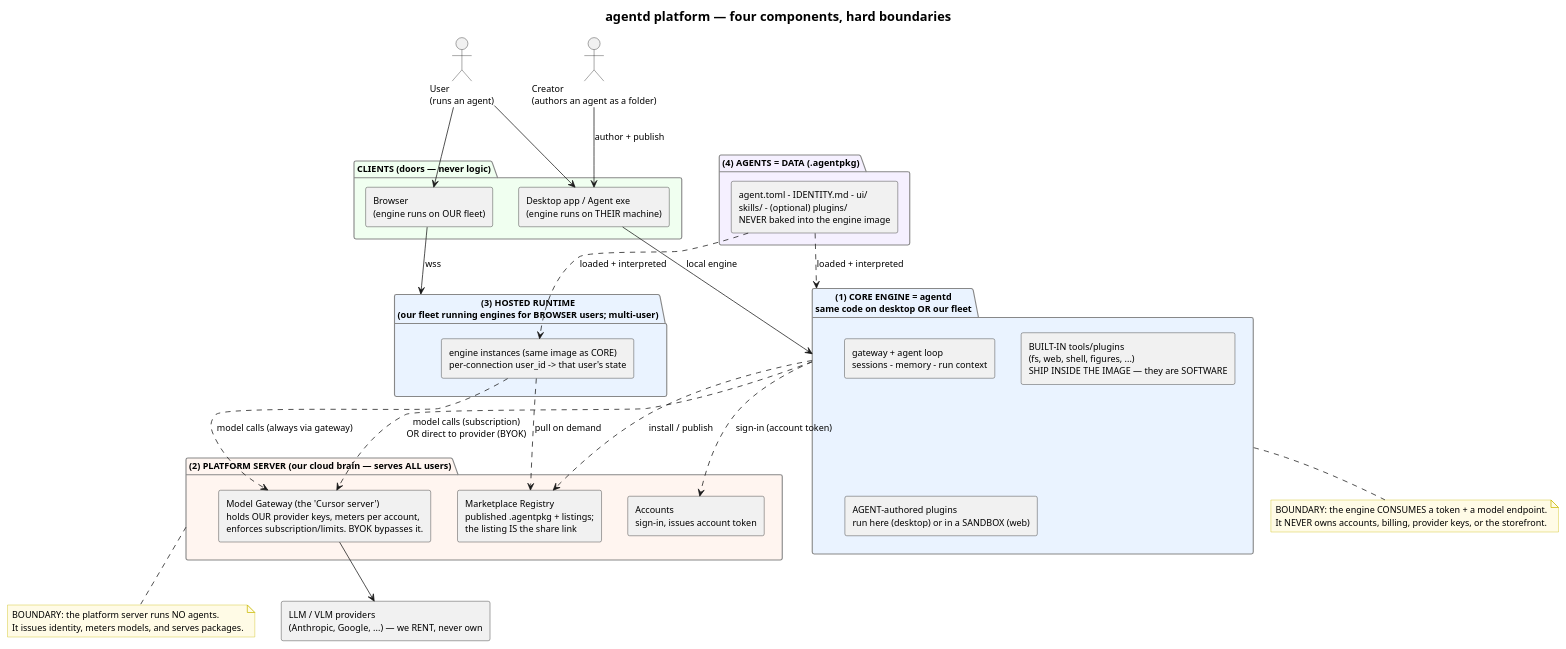
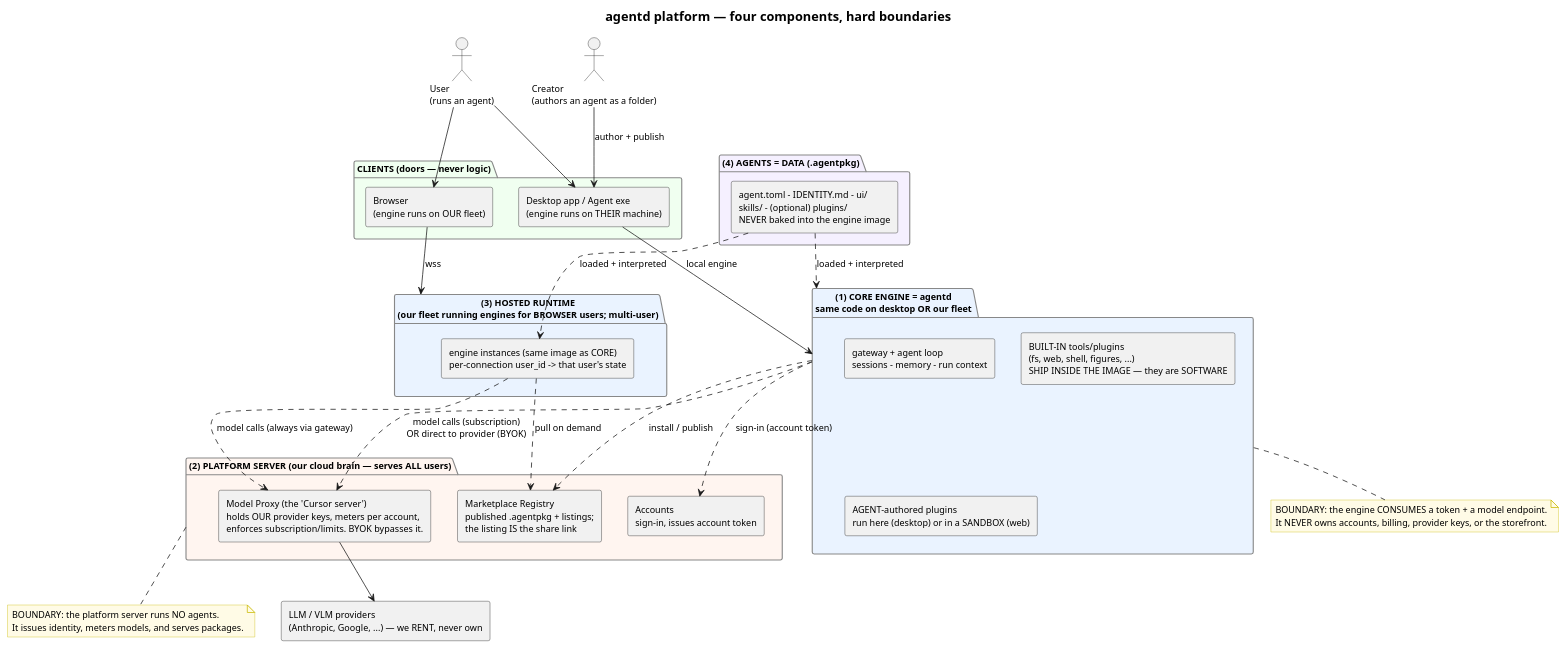
Before and after one commit to SaptarshiMazumder/pc-agent: the first of 5 diagrams in v2/planning/platform/diagrams/platform-architecture.puml, drawn with PlantUML. The commit also changed other lines of this file and 66 other files, not shown here.

Commit message:
Separated model-proxy microsevrice

```diff
--- a/v2/planning/platform/diagrams/platform-architecture.puml
+++ b/v2/planning/platform/diagrams/platform-architecture.puml
@@ -1,80 +1,80 @@
 @startuml components
 ' ============================================================================
 ' agentd platform — CANONICAL architecture (2026-07-18 reassessment)
 ' Source of truth for the cloud/platform build. PUML only; do not render PNG
 ' unless explicitly asked. Five @startuml blocks in this file:
 '   1. components   — the 4 components + hard boundaries
 '   2. planes       — compute vs state vs distribution (engine holds no data)
 '   3. run-x-pay    — the 2x2: where the engine runs x how models are paid
 '   4. request-flow — one chat turn, desktop-subscription AND browser
 '   5. share-flow   — create-as-folder -> share link -> run in ~5s
 ' ============================================================================
 title agentd platform — four components, hard boundaries
 
 skinparam shadowing false
 skinparam componentStyle rectangle
 skinparam defaultFontName Segoe UI
 skinparam defaultFontSize 12
 skinparam TitleFontSize 17
 skinparam package {
   BackgroundColor #FAFAFA
   BorderColor #888888
 }
 skinparam note {
   BackgroundColor #FFFBE6
   BorderColor #C8B900
 }
 
 actor "Creator\n(authors an agent as a folder)" as CREATOR
 actor "User\n(runs an agent)" as USER
 
 package "CLIENTS (doors — never logic)" as CLIENTS #F0FFF0 {
   rectangle "Desktop app / Agent exe\n(engine runs on THEIR machine)" as DESK
   rectangle "Browser\n(engine runs on OUR fleet)" as WEB
 }
 
 package "(1) CORE ENGINE = agentd\nsame code on desktop OR our fleet" as CORE #EAF3FF {
   rectangle "gateway + agent loop\nsessions - memory - run context" as LOOP
   rectangle "BUILT-IN tools/plugins\n(fs, web, shell, figures, ...)\nSHIP INSIDE THE IMAGE — they are SOFTWARE" as BUILTIN
   rectangle "AGENT-authored plugins\nrun here (desktop) or in a SANDBOX (web)" as AGENTPLUG
 }
 
 package "(2) PLATFORM SERVER (our cloud brain — serves ALL users)" as PLAT #FFF5F0 {
   rectangle "Accounts\nsign-in, issues account token" as ACC
-  rectangle "Model Gateway  (the 'Cursor server')\nholds OUR provider keys, meters per account,\nenforces subscription/limits. BYOK bypasses it." as GW
+  rectangle "Model Proxy  (the 'Cursor server')\nholds OUR provider keys, meters per account,\nenforces subscription/limits. BYOK bypasses it." as GW
   rectangle "Marketplace Registry\npublished .agentpkg + listings;\nthe listing IS the share link" as REG
 }
 
 package "(3) HOSTED RUNTIME\n(our fleet running engines for BROWSER users; multi-user)" as HOST #EAF3FF {
   rectangle "engine instances (same image as CORE)\nper-connection user_id -> that user's state" as HENG
 }
 
 package "(4) AGENTS = DATA (.agentpkg)" as AGENTS #F5F0FF {
   rectangle "agent.toml - IDENTITY.md - ui/\nskills/ - (optional) plugins/\nNEVER baked into the engine image" as PKG
 }
 
 rectangle "LLM / VLM providers\n(Anthropic, Google, ...) — we RENT, never own" as LLM
 
 CREATOR --> DESK : author + publish
 USER --> DESK
 USER --> WEB
 DESK --> CORE : local engine
 WEB --> HOST : wss
 CORE ..> ACC : sign-in (account token)
 CORE ..> GW : model calls (subscription)\nOR direct to provider (BYOK)
 HENG ..> GW : model calls (always via gateway)
 GW --> LLM
 CORE ..> REG : install / publish
 HENG ..> REG : pull on demand
 PKG ..> CORE : loaded + interpreted
 PKG ..> HENG : loaded + interpreted
 
 note bottom of CORE
   BOUNDARY: the engine CONSUMES a token + a model endpoint.
   It NEVER owns accounts, billing, provider keys, or the storefront.
 end note
 note bottom of PLAT
   BOUNDARY: the platform server runs NO agents.
   It issues identity, meters models, and serves packages.
 end note
 @enduml
```
